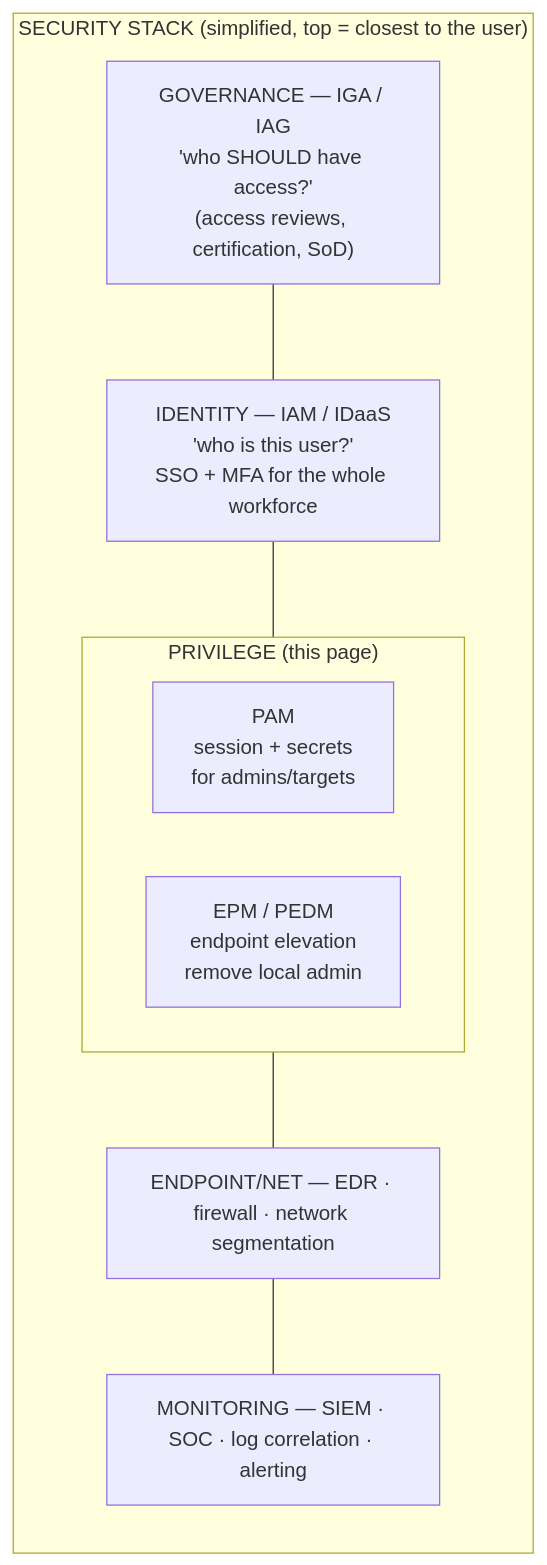
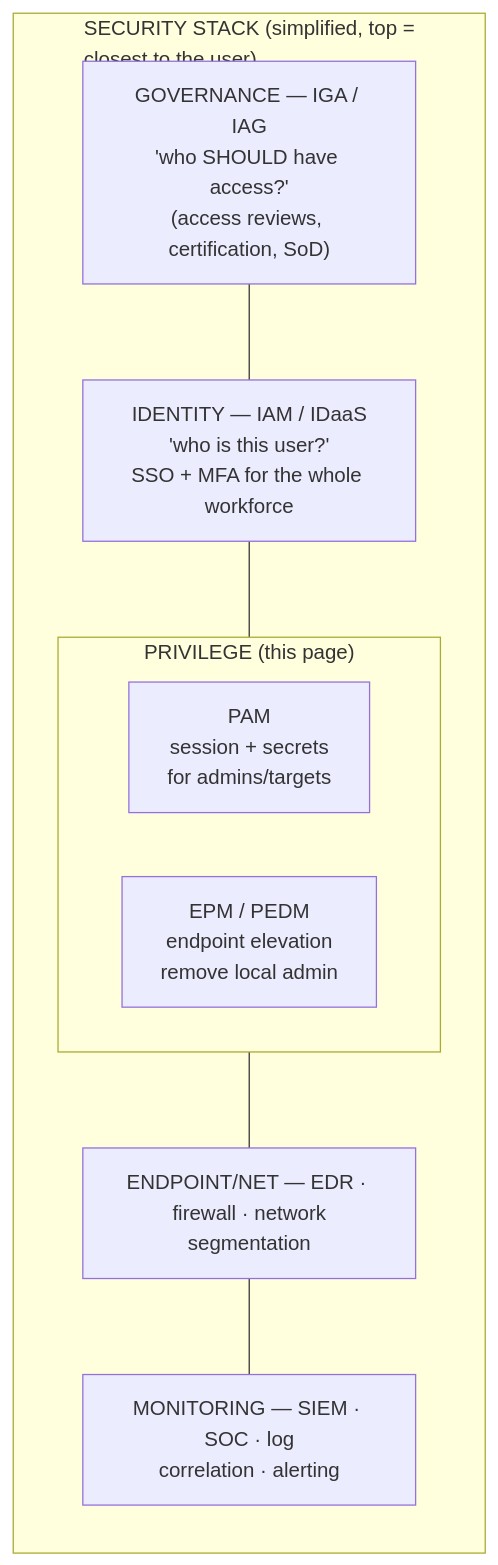
One commit to morandeirachema/WallixCerts changed the first of 2 diagrams in foundations/what-is-pam.md. Above: the diagram before and after it, drawn with Mermaid. The commit also changed 37 other files, not shown here.

First line of the commit message:
Make Mermaid node boxes fit their text (wrap long labels) + enforce it

````diff
--- a/foundations/what-is-pam.md
+++ b/foundations/what-is-pam.md
@@ -152,16 +152,16 @@
 ```mermaid
 flowchart TD
-    subgraph STACK["SECURITY STACK (simplified, top = closest to the user)"]
+    subgraph STACK["SECURITY STACK (simplified, top =<br/>closest to the user)"]
         direction TB
         GOV["GOVERNANCE — IGA / IAG<br/>'who SHOULD have access?'<br/>(access reviews, certification, SoD)"]
         IDENT["IDENTITY — IAM / IDaaS<br/>'who is this user?'<br/>SSO + MFA for the whole workforce"]
         subgraph PRIV["PRIVILEGE (this page)"]
             direction LR
             PAM["PAM<br/>session + secrets<br/>for admins/targets"]
             EPM["EPM / PEDM<br/>endpoint elevation<br/>remove local admin"]
         end
-        ENDP["ENDPOINT/NET — EDR · firewall · network segmentation"]
-        MON["MONITORING — SIEM · SOC · log correlation · alerting"]
+        ENDP["ENDPOINT/NET — EDR · firewall · network<br/>segmentation"]
+        MON["MONITORING — SIEM · SOC · log<br/>correlation · alerting"]
         GOV --- IDENT --- PRIV --- ENDP --- MON
     end
 ```
````
